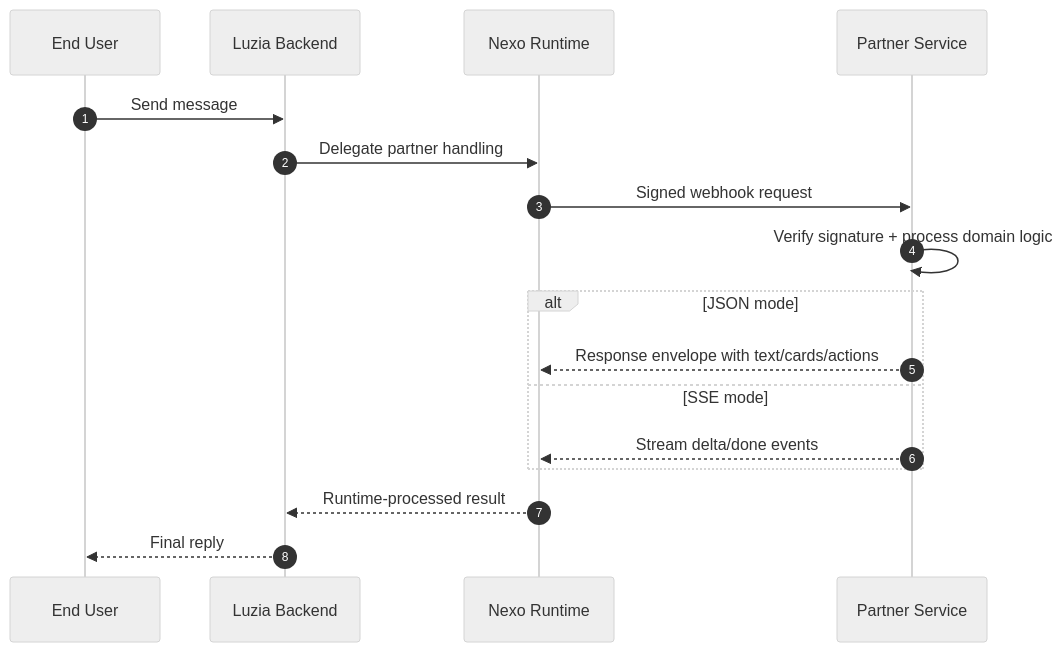
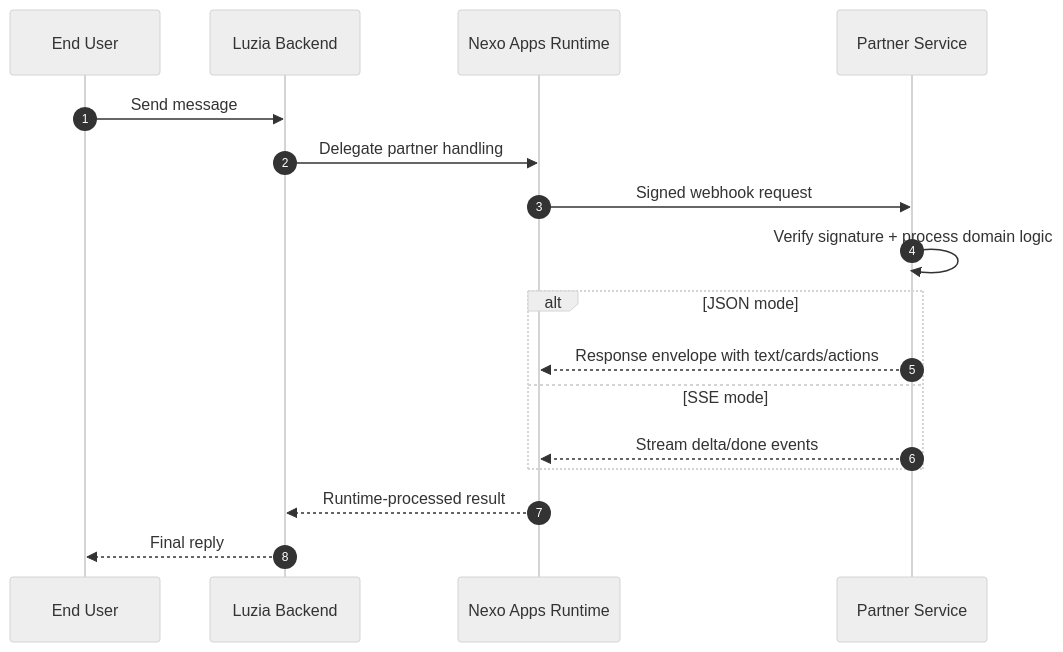
The diagram in docs/index.md (The-Wordlab/luzia-nexo-api), drawn with Mermaid (neutral theme) before and after one commit. The commit also changed other lines of this file and 2 other files, not shown here.

First line of the commit message:
docs: align public docs with Connected Apps taxonomy

````diff
--- a/docs/index.md
+++ b/docs/index.md
@@ -93,20 +98,20 @@
 ```mermaid
 sequenceDiagram
     autonumber
     participant User as End User
     participant Luzia as Luzia Backend
-    participant Nexo as Nexo Runtime
+    participant Nexo as Nexo Apps Runtime
     participant Partner as Partner Service
 
     User->>Luzia: Send message
     Luzia->>Nexo: Delegate partner handling
     Nexo->>Partner: Signed webhook request
     Partner->>Partner: Verify signature + process domain logic
     alt JSON mode
         Partner-->>Nexo: Response envelope with text/cards/actions
     else SSE mode
         Partner-->>Nexo: Stream delta/done events
     end
     Nexo-->>Luzia: Runtime-processed result
     Luzia-->>User: Final reply
 ```
````
